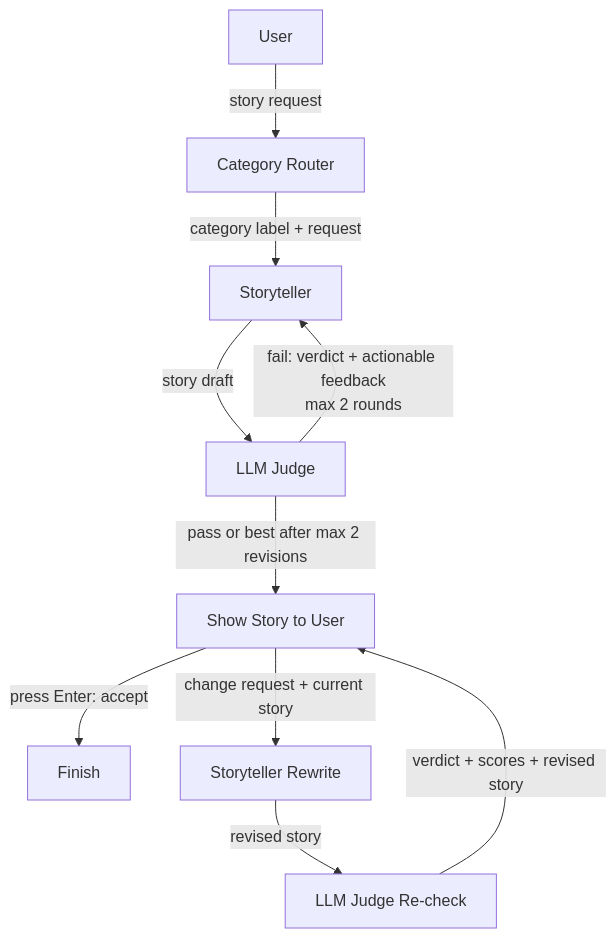
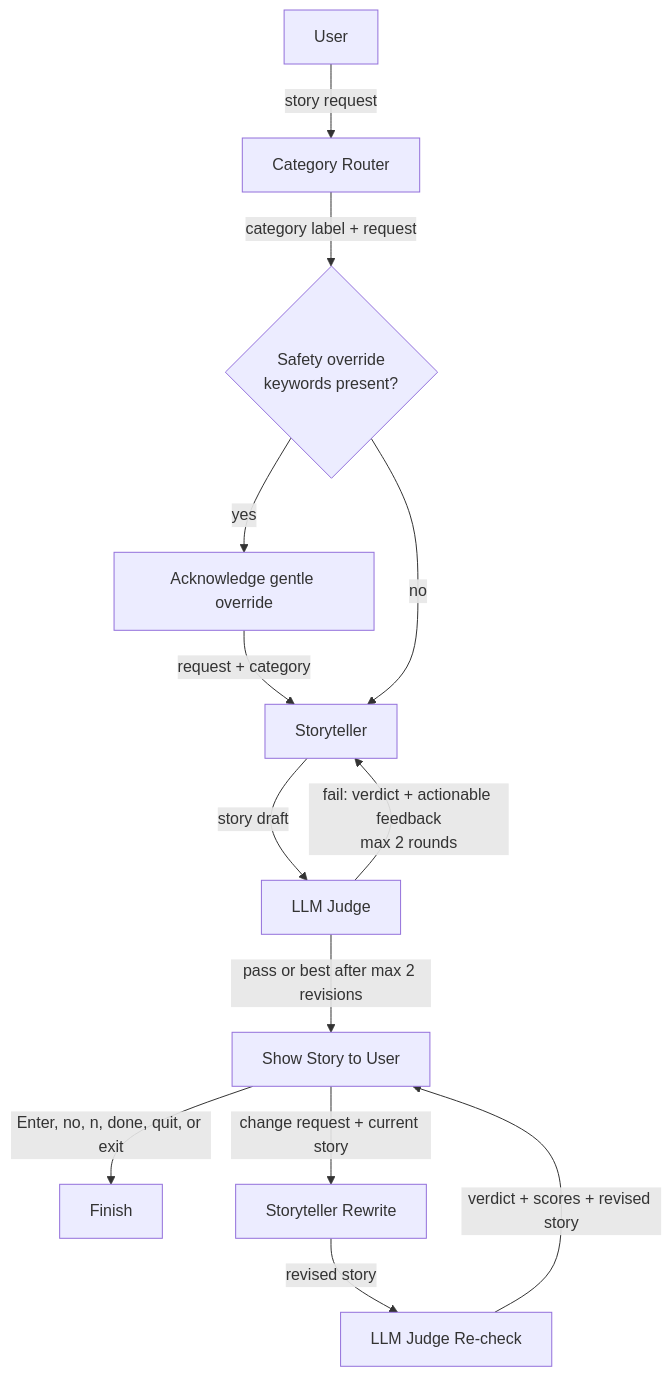
The diagram in README.md (hrishikeshdeshpande111/hippocratic-ai-assignment), drawn with Mermaid before and after one commit. The commit also changed other lines of this file and 3 other files, not shown here.

Commit message:
docs: synchronize setup and interaction flow

````diff
--- a/README.md
+++ b/README.md
@@ -11,12 +12,15 @@
 ```mermaid
 flowchart TD
     U[User] -->|story request| R[Category Router]
-    R -->|category label + request| S[Storyteller]
+    R -->|category label + request| C{Safety override<br/>keywords present?}
+    C -->|yes| A[Acknowledge gentle override]
+    A -->|request + category| S[Storyteller]
+    C -->|no| S
     S -->|story draft| J[LLM Judge]
     J -->|pass or best after max 2 revisions| O[Show Story to User]
     J -->|fail: verdict + actionable feedback<br/>max 2 rounds| S
-    O -->|press Enter: accept| E[Finish]
+    O -->|Enter, no, n, done, quit, or exit| E[Finish]
     O -->|change request + current story| S2[Storyteller Rewrite]
     S2 -->|revised story| J2[LLM Judge Re-check]
     J2 -->|verdict + scores + revised story| O
 ```
````
